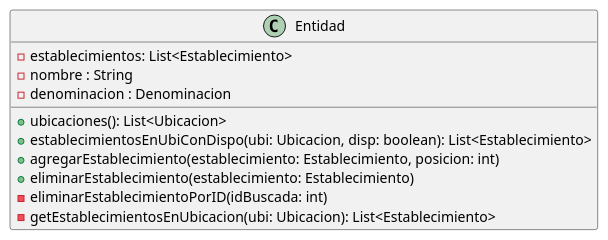
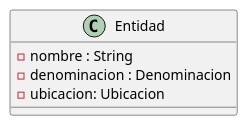
Before and after one commit to mbertogliati/dds-tpa: the diagram in DC/E3/domain/entidades/Entidad.puml, drawn with PlantUML. The commit also changed 51 other files, not shown here.

```diff
--- a/DC/E3/domain/entidades/Entidad.puml
+++ b/DC/E3/domain/entidades/Entidad.puml
@@ -1,17 +1,10 @@
 @startuml
 'https://plantuml.com/class-diagram
 
 class Entidad{
-    - establecimientos: List<Establecimiento>
     - nombre : String
     - denominacion : Denominacion
-
-    +ubicaciones(): List<Ubicacion>
-    +establecimientosEnUbiConDispo(ubi: Ubicacion, disp: boolean): List<Establecimiento>
-    +agregarEstablecimiento(establecimiento: Establecimiento, posicion: int)
-    +eliminarEstablecimiento(establecimiento: Establecimiento)
-    -eliminarEstablecimientoPorID(idBuscada: int)
-    -getEstablecimientosEnUbicacion(ubi: Ubicacion): List<Establecimiento>
+    - ubicacion: Ubicacion
 }
 
 @enduml
```
